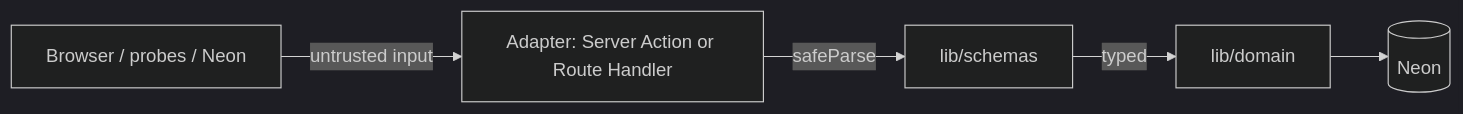
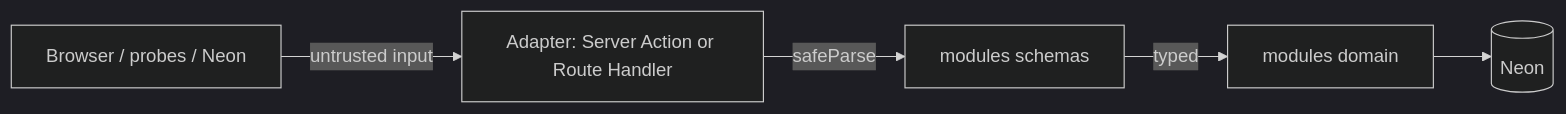
The diagram in doc/api/01-boundaries.md (pohlai88/afenda-lite), drawn with Mermaid (dark theme) before and after one commit. The commit also changed other lines of this file and 642 other files, not shown here.

````diff
--- a/doc/api/01-boundaries.md
+++ b/doc/api/01-boundaries.md
@@ -7,13 +7,13 @@
 ```mermaid
 flowchart LR
   external[Browser / probes / Neon]
   adapter[Adapter: Server Action or Route Handler]
-  zod[lib/schemas]
-  domain[lib/domain]
+  zod[modules schemas]
+  domain[modules domain]
   db[(Neon)]
 
   external -->|untrusted input| adapter
   adapter -->|safeParse| zod
   zod -->|typed| domain
   domain --> db
 ```
````
